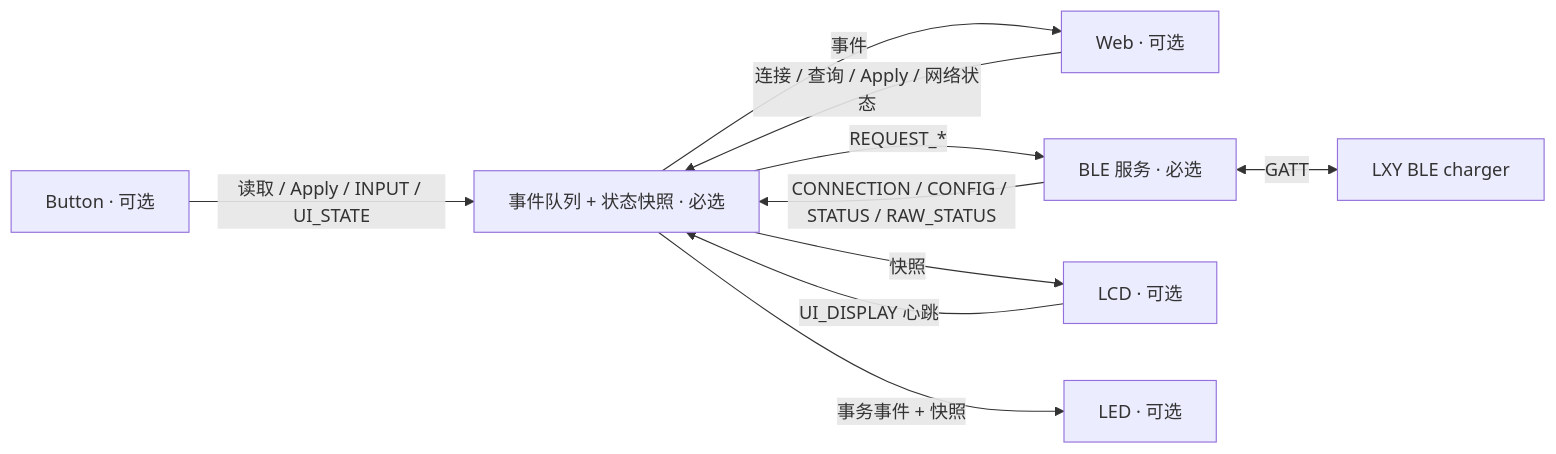
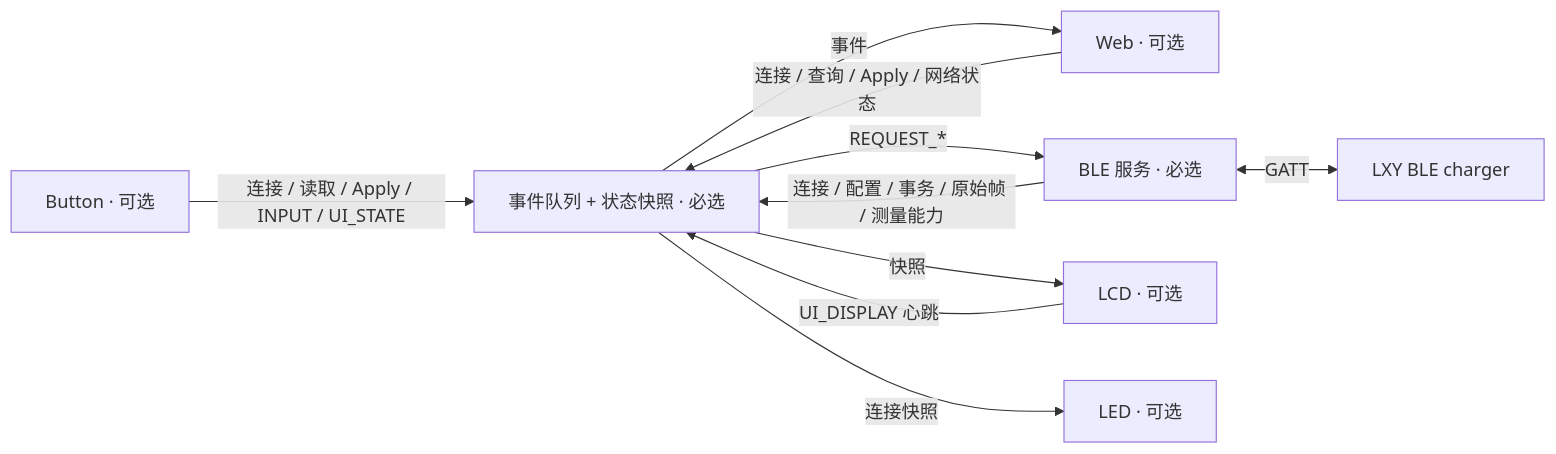
The diagram in docs/architecture.md (chinawrj/esphome-lxy-charger), drawn with Mermaid before and after one commit. The commit also changed other lines of this file and 41 other files, not shown here.

Commit message:
Clarify BLE and telemetry status with Chinese display and local help

````diff
--- a/docs/architecture.md
+++ b/docs/architecture.md
@@ -5,12 +5,12 @@
 ```mermaid
 flowchart LR
-    Button["Button · 可选"] -->|读取 / Apply / INPUT / UI_STATE| Bus["事件队列 + 状态快照 · 必选"]
+    Button["Button · 可选"] -->|连接 / 读取 / Apply / INPUT / UI_STATE| Bus["事件队列 + 状态快照 · 必选"]
     Web["Web · 可选"] -->|连接 / 查询 / Apply / 网络状态| Bus
     Bus -->|REQUEST_*| BLE["BLE 服务 · 必选"]
-    BLE -->|CONNECTION / CONFIG / STATUS / RAW_STATUS| Bus
+    BLE -->|连接 / 配置 / 事务 / 原始帧 / 测量能力| Bus
     BLE <-->|GATT| Charger["LXY BLE charger"]
     Bus -->|事件| Web
     Bus -->|快照| LCD["LCD · 可选"]
     LCD -->|UI_DISPLAY 心跳| Bus
-    Bus -->|事务事件 + 快照| LED["LED · 可选"]
+    Bus -->|连接快照| LED["LED · 可选"]
 ```
````
